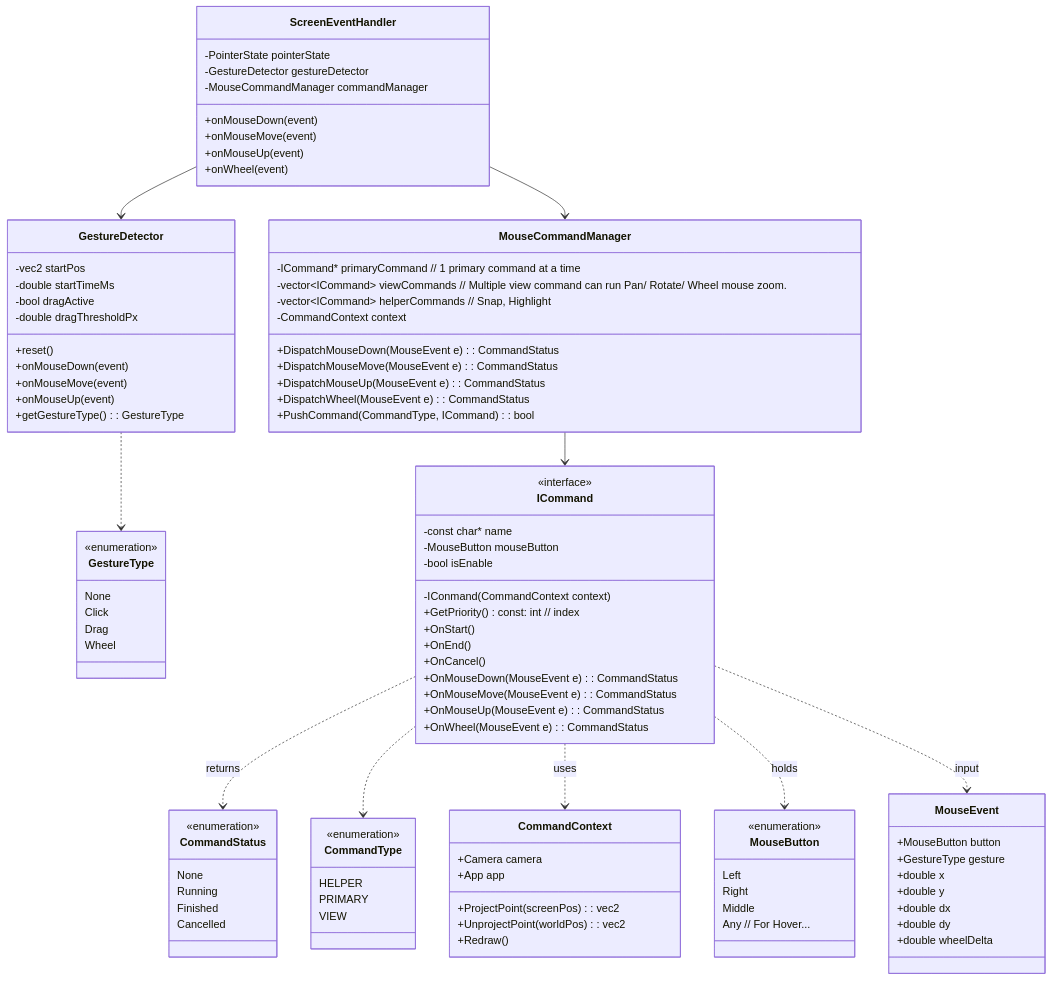
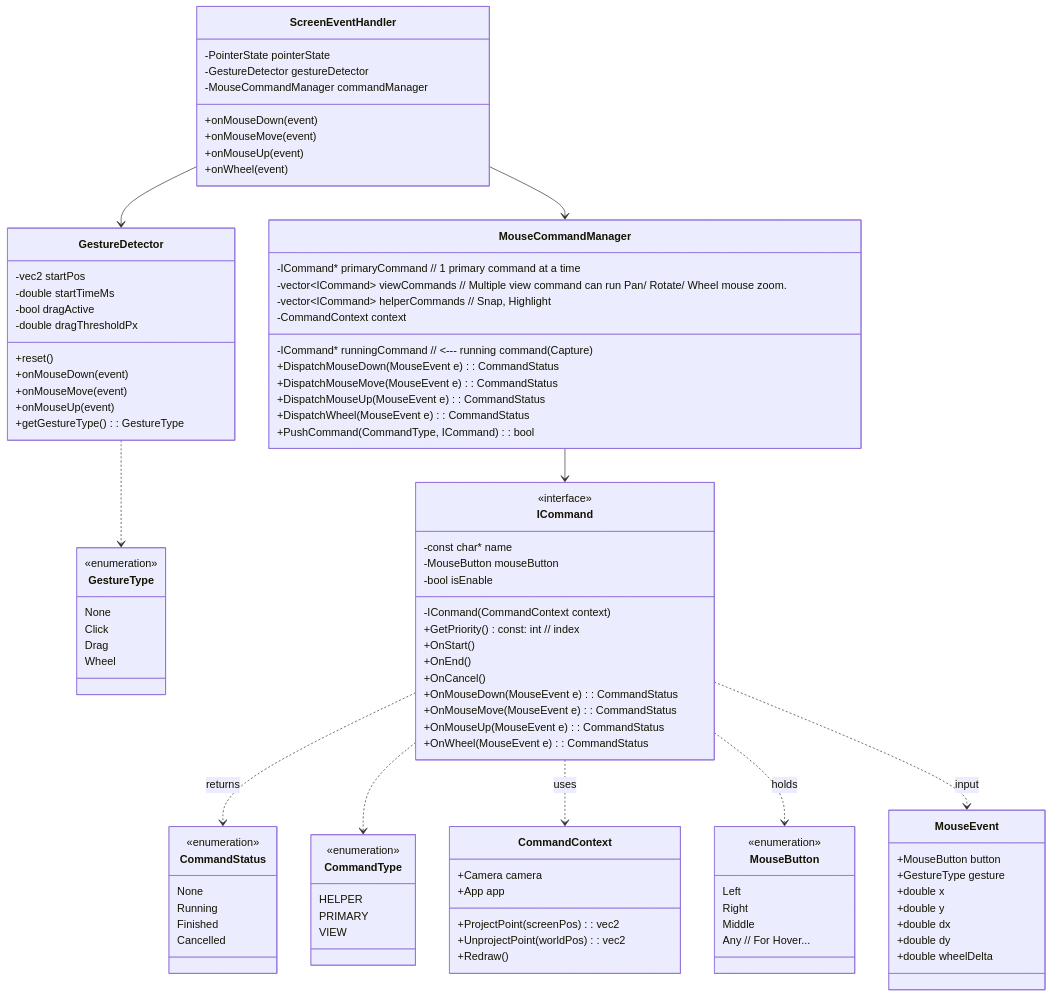
One commit to vfa-khaidt1/vfa-cdn changed the first of 3 diagrams in Final.md. Above: the diagram before and after it, drawn with Mermaid. The commit also changed other lines of this file, not shown here.

```diff
--- a/Final.md
+++ b/Final.md
@@ -92,6 +92,8 @@
         -ICommand* primaryCommand // 1 primary command at a time
         -vector~ICommand~ viewCommands // Multiple view command can run Pan/ Rotate/ Wheel mouse zoom.
         -vector~ICommand~ helperCommands // Snap, Highlight
+
+        -ICommand* runningCommand // <--- running command (Capture)
         -CommandContext context
 
         +DispatchMouseDown(MouseEvent e): CommandStatus
```
